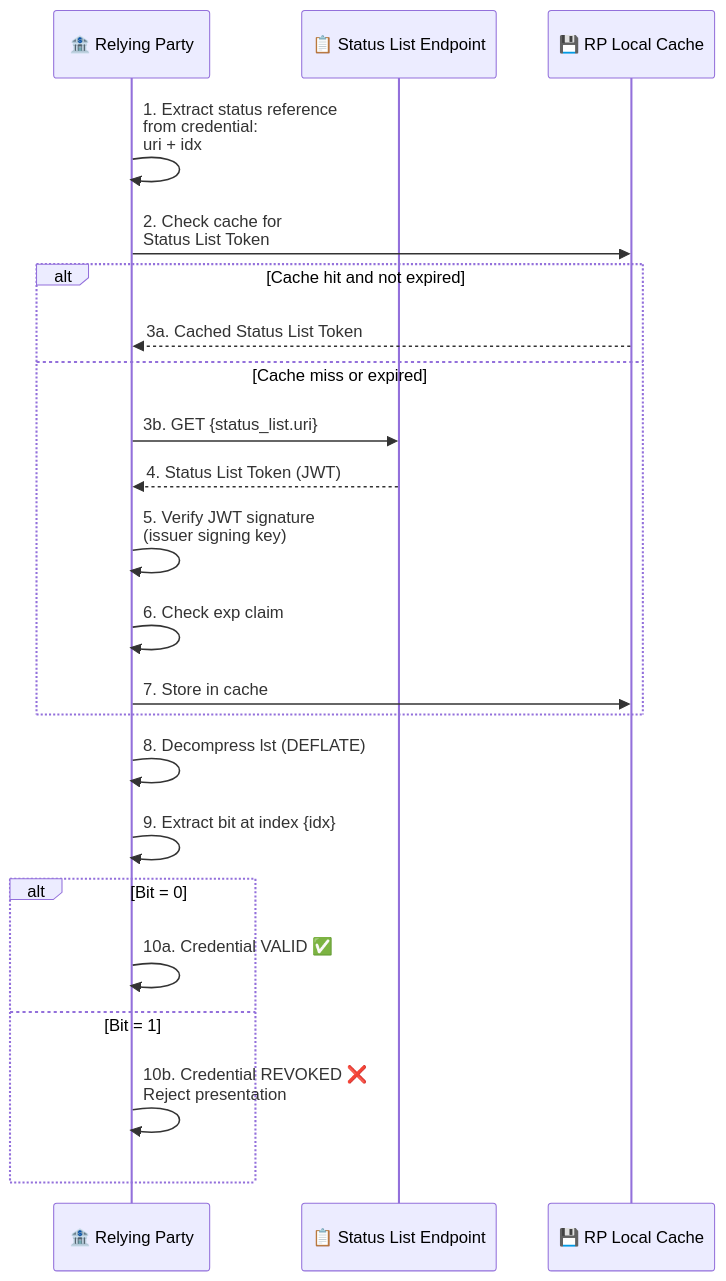
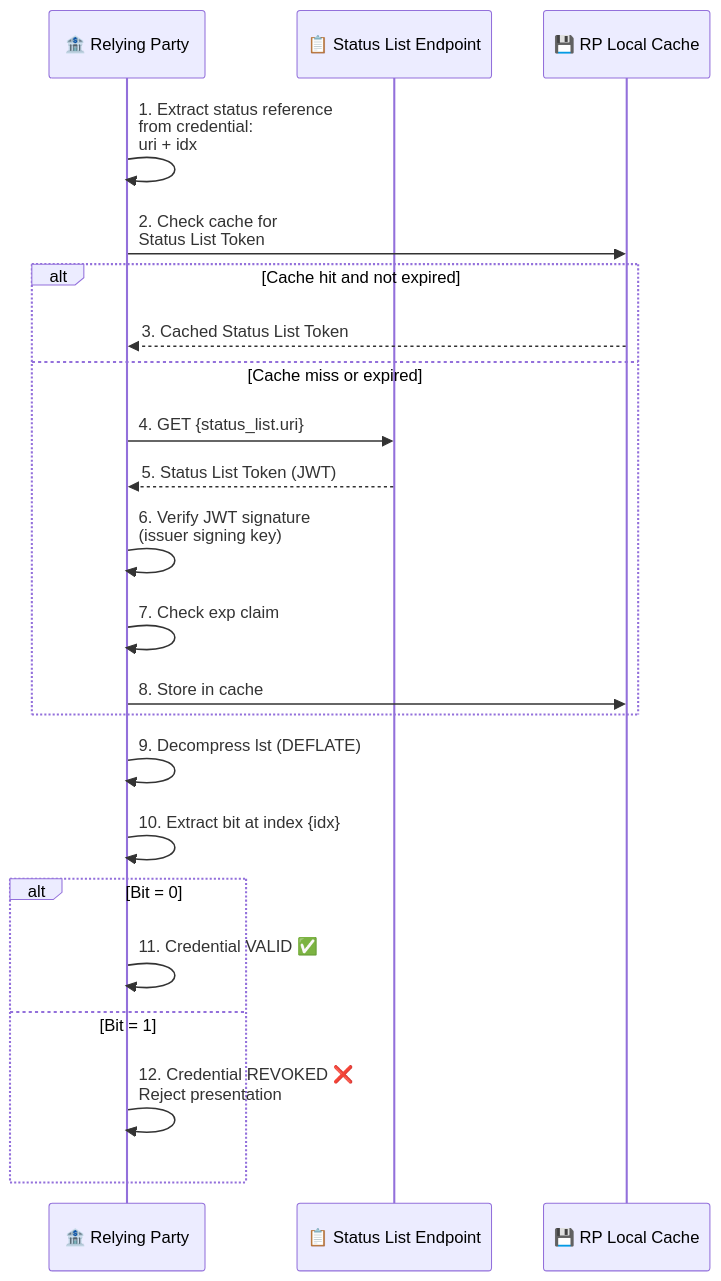
One commit to ivanstambuk/deep-research changed diagram 28 of 28 in papers/DR-0002/DR-0002-eudi-wallet-relying-party-integration.md. Above: the diagram before and after it, drawn with Mermaid. The commit also changed other lines of this file, not shown here.

Commit message:
docs(DR-0002): enhance timelines, add ARF/STS hyperlinks

````diff
--- a/papers/DR-0002/DR-0002-eudi-wallet-relying-party-integration.md
+++ b/papers/DR-0002/DR-0002-eudi-wallet-relying-party-integration.md
@@ -5831,31 +6599,31 @@
 ```mermaid
 ---
 config:
   sequence:
     messageAlign: left
     noteAlign: left
 ---
 sequenceDiagram
     participant RP as 🏦 Relying Party
     participant SL as 📋 Status List Endpoint
     participant Cache as 💾 RP Local Cache
 
     RP->>RP: 1. Extract status reference<br/>from credential:<br/>uri + idx
     RP->>Cache: 2. Check cache for<br/>Status List Token
     alt Cache hit and not expired
-        Cache-->>RP: 3a. Cached Status List Token
+        Cache-->>RP: 3. Cached Status List Token
     else Cache miss or expired
-        RP->>SL: 3b. GET {status_list.uri}
-        SL-->>RP: 4. Status List Token (JWT)
-        RP->>RP: 5. Verify JWT signature<br/>(issuer signing key)
-        RP->>RP: 6. Check exp claim
-        RP->>Cache: 7. Store in cache
+        RP->>SL: 4. GET {status_list.uri}
+        SL-->>RP: 5. Status List Token (JWT)
+        RP->>RP: 6. Verify JWT signature<br/>(issuer signing key)
+        RP->>RP: 7. Check exp claim
+        RP->>Cache: 8. Store in cache
     end
-    RP->>RP: 8. Decompress lst (DEFLATE)
-    RP->>RP: 9. Extract bit at index {idx}
+    RP->>RP: 9. Decompress lst (DEFLATE)
+    RP->>RP: 10. Extract bit at index {idx}
     alt Bit = 0
-        RP->>RP: 10a. Credential VALID ✅
+        RP->>RP: 11. Credential VALID ✅
     else Bit = 1
-        RP->>RP: 10b. Credential REVOKED ❌<br/>Reject presentation
+        RP->>RP: 12. Credential REVOKED ❌<br/>Reject presentation
     end
 ```
````
